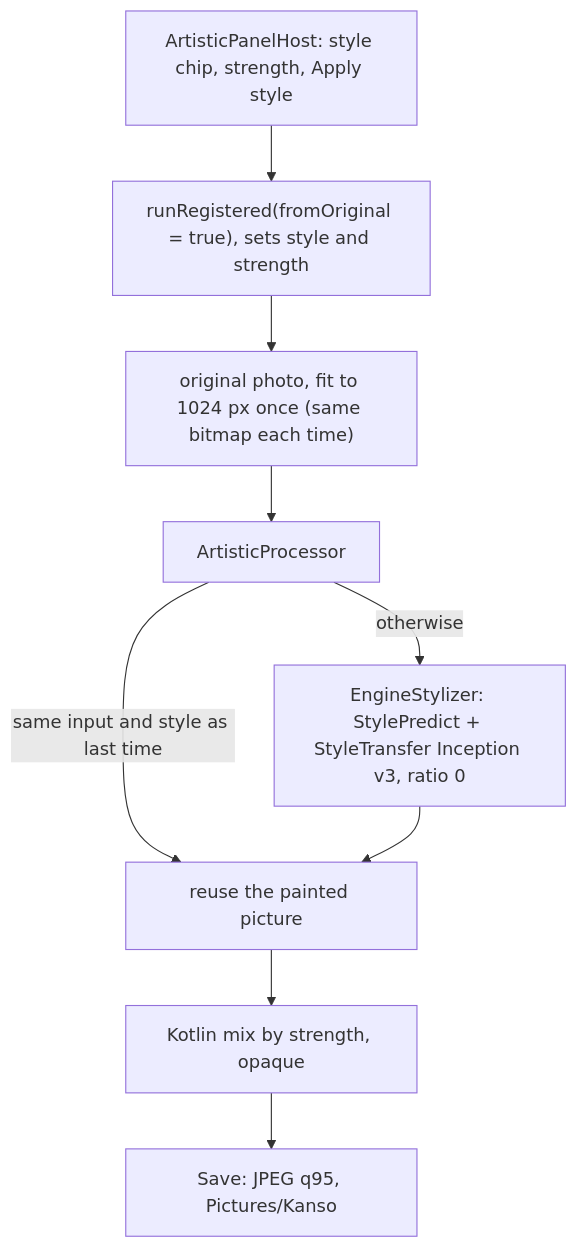
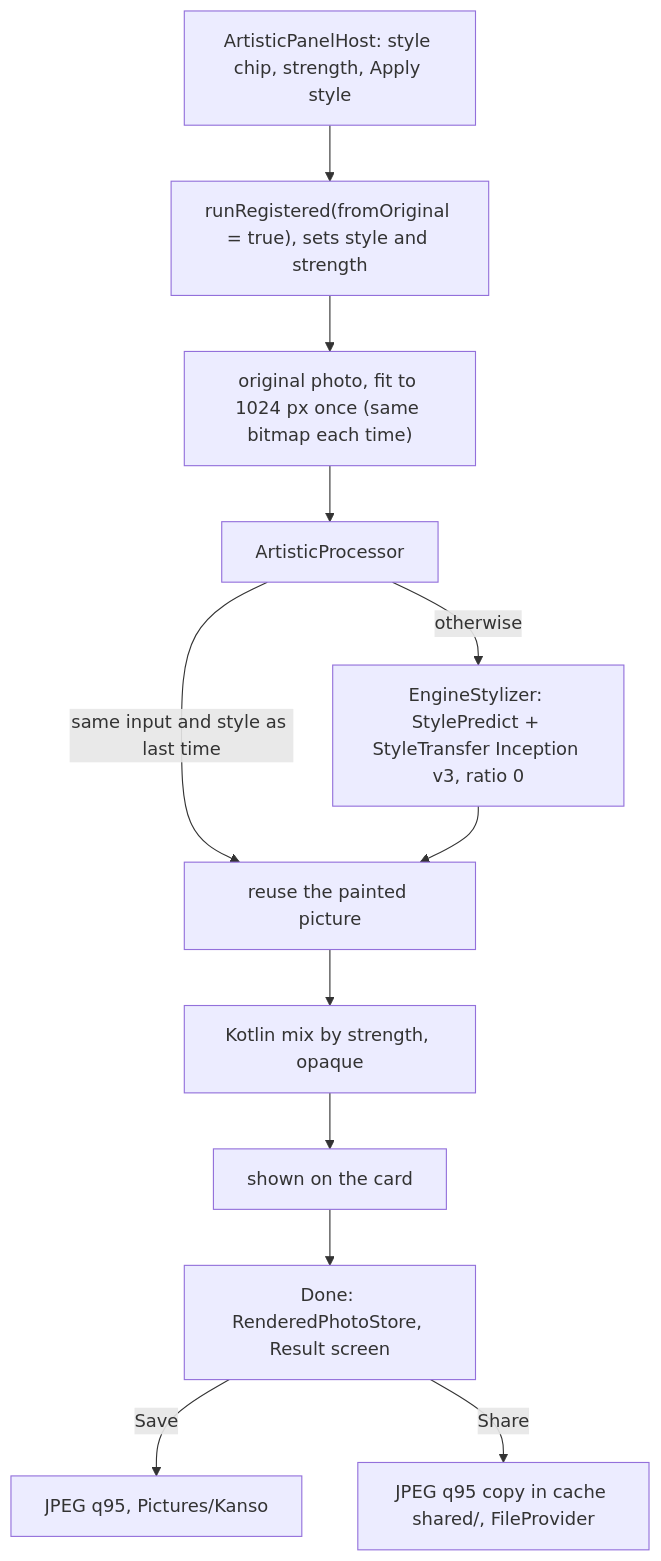
Before and after one commit to Phong-Kaster/Kanso: the diagram in docs/features/artistic.md, drawn with Mermaid. The commit also changed other lines of this file and 39 other files, not shown here.

````diff
--- a/docs/features/artistic.md
+++ b/docs/features/artistic.md
@@ -51,11 +54,14 @@
 ```mermaid
 flowchart TD
     A["ArtisticPanelHost: style chip, strength, Apply style"] --> B["runRegistered(fromOriginal = true), sets style and strength"]
     B --> C["original photo, fit to 1024 px once (same bitmap each time)"]
     C --> D["ArtisticProcessor"]
     D -->|"same input and style as last time"| M["reuse the painted picture"]
     D -->|"otherwise"| E["EngineStylizer: StylePredict + StyleTransfer Inception v3, ratio 0"]
     E --> M
     M --> F["Kotlin mix by strength, opaque"]
-    F --> G["Save: JPEG q95, Pictures/Kanso"]
+    F --> I["shown on the card"]
+    I --> K["Done: RenderedPhotoStore, Result screen"]
+    K -->|Save| G["JPEG q95, Pictures/Kanso"]
+    K -->|Share| L["JPEG q95 copy in cache shared/, FileProvider"]
 ```
````
